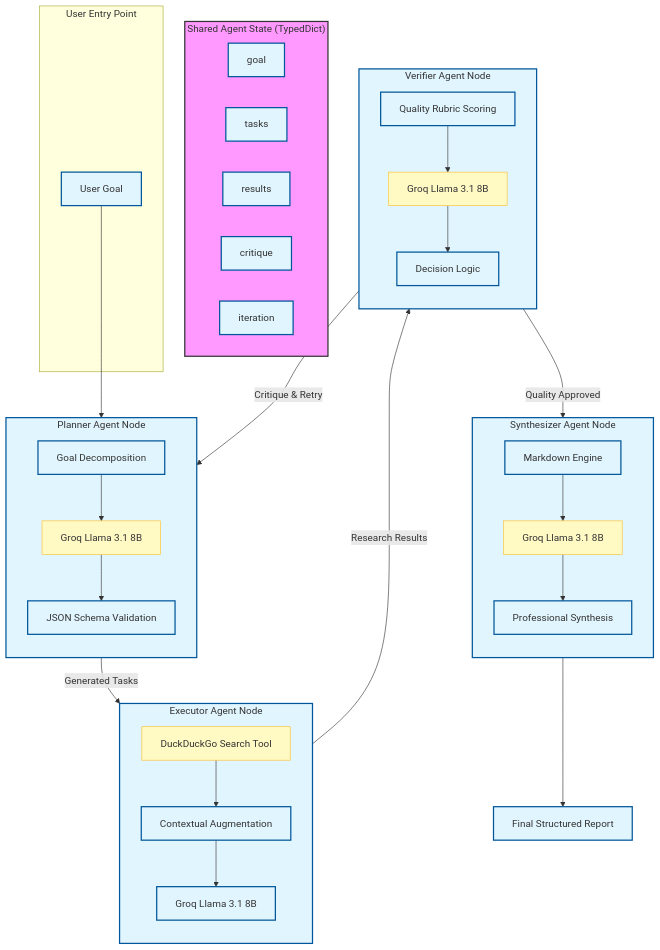
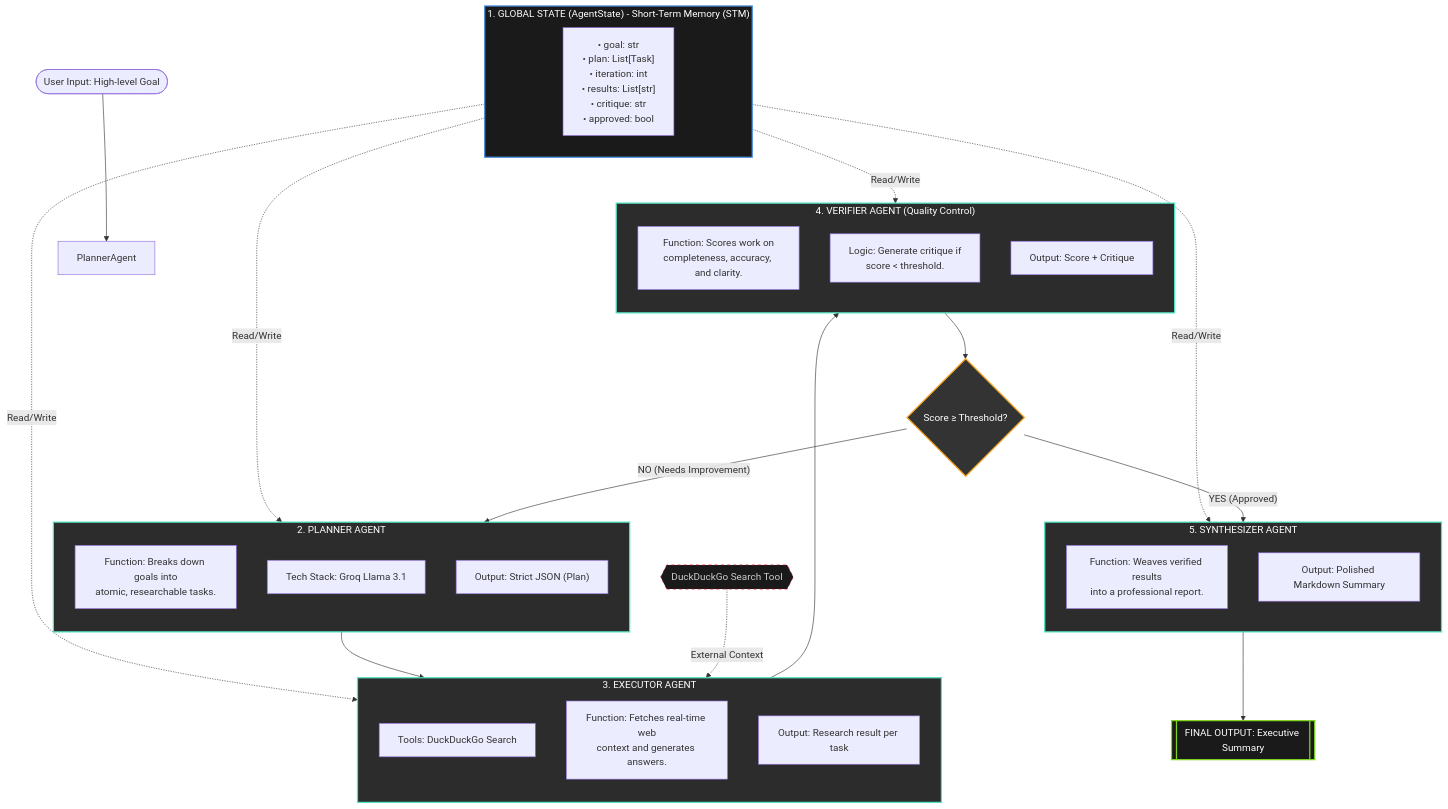
The diagram in README.md (Avichatt/langchain-agentstate), drawn with Mermaid before and after one commit. The commit also changed other lines of this file, not shown here.

Commit message:
UI: Overhauled README with professional high-level architecture diagram and dark-themed visualization

````diff
--- a/README.md
+++ b/README.md
@@ -9,68 +11,81 @@
 ```mermaid
 graph TD
+    %% Theme: Dark / Professional
+    accTitle: AI Multi-Agent Research Assistant Architecture
+    accDescr: A detailed flowchart showing the interaction between Global State, Planner, Executor, Verifier, and Synthesizer agents.
+
     %% Global Styling
-    classDef state fill:#f9f,stroke:#333,stroke-width:2px;
-    classDef node fill:#e1f5fe,stroke:#01579b,stroke-width:2px;
-    classDef tool fill:#fff9c4,stroke:#fbc02d,stroke-width:1px;
+    classDef state fill:#1a1a1a,stroke:#4a90e2,stroke-width:2px,color:#fff;
+    classDef agent fill:#2c2c2c,stroke:#50e3c2,stroke-width:2px,color:#fff;
+    classDef decision fill:#333,stroke:#f5a623,stroke-width:2px,color:#fff;
+    classDef tool fill:#1a1a1a,stroke:#d0021b,stroke-width:1px,color:#ccc,stroke-dasharray: 5 5;
+    classDef output fill:#1a1a1a,stroke:#7ed321,stroke-width:2px,color:#fff;
 
-    subgraph UserInterface["User Entry Point"]
-        Goal[User Goal]
+    %% Global State (STM)
+    subgraph GlobalState["1. GLOBAL STATE (AgentState) - Short-Term Memory (STM)"]
+        direction LR
+        StateInfo["• goal: str<br/>• plan: List[Task]<br/>• iteration: int<br/>• results: List[str]<br/>• critique: str<br/>• approved: bool"]
     end
 
-    subgraph GlobalState["Shared Agent State (TypedDict)"]
-        direction LR
-        S1[goal]
-        S2[tasks]
-        S3[results]
-        S4[critique]
-        S5[iteration]
+    %% User Input
+    UserInput([User Input: High-level Goal]) --> PlannerAgent
+
+    %% Planner Agent
+    subgraph PlannerNode["2. PLANNER AGENT"]
+        direction TB
+        P_Func["Function: Breaks down goals into<br/>atomic, researchable tasks."]
+        P_Stack["Tech Stack: Groq Llama 3.1"]
+        P_Out["Output: Strict JSON (Plan)"]
     end
 
-    Goal --> PlannerNode
-
-    subgraph PlannerNode["Planner Agent Node"]
+    %% Executor Agent
+    subgraph ExecutorNode["3. EXECUTOR AGENT"]
         direction TB
-        P1[Goal Decomposition]
-        P2[JSON Schema Validation]
-        P3[Groq Llama 3.1 8B]
-        P1 --> P3 --> P2
+        E_Tools["Tools: DuckDuckGo Search"]
+        E_Func["Function: Fetches real-time web<br/>context and generates answers."]
+        E_Out["Output: Research result per task"]
     end
 
-    subgraph ExecutorNode["Executor Agent Node"]
+    %% Verifier Agent
+    subgraph VerifierNode["4. VERIFIER AGENT (Quality Control)"]
         direction TB
-        E1[DuckDuckGo Search Tool]
-        E2[Contextual Augmentation]
-        E3[Groq Llama 3.1 8B]
-        E1 --> E2 --> E3
+        V_Func["Function: Scores work on<br/>completeness, accuracy, and clarity."]
+        V_Logic["Logic: Generate critique if<br/>score < threshold."]
+        V_Out["Output: Score + Critique"]
     end
 
-    subgraph VerifierNode["Verifier Agent Node"]
+    %% Synthesizer Agent
+    subgraph SynthesizerNode["5. SYNTHESIZER AGENT"]
         direction TB
-        V1[Quality Rubric Scoring]
-        V2[Decision Logic]
-        V3[Groq Llama 3.1 8B]
-        V1 --> V3 --> V2
+        S_Func["Function: Weaves verified results<br/>into a professional report."]
+        S_Out["Output: Polished Markdown Summary"]
     end
 
-    subgraph SynthesizerNode["Synthesizer Agent Node"]
-        direction TB
-        Sy1[Markdown Engine]
-        Sy2[Professional Synthesis]
-        Sy3[Groq Llama 3.1 8B]
-        Sy1 --> Sy3 --> Sy2
-    end
+    %% Decision Logic
+    Decision{Score ≥ Threshold?}
 
-    %% Flow Connections
-    PlannerNode -->|"Generated Tasks"| ExecutorNode
-    ExecutorNode -->|"Research Results"| VerifierNode
-    
-    VerifierNode -- "Critique & Retry" --> PlannerNode
-    VerifierNode -- "Quality Approved" --> SynthesizerNode
-    
-    SynthesizerNode --> FinalReport[Final Structured Report]
+    %% Connections
+    GlobalState -.->|Read/Write| PlannerNode
+    GlobalState -.->|Read/Write| ExecutorNode
+    GlobalState -.->|Read/Write| VerifierNode
+    GlobalState -.->|Read/Write| SynthesizerNode
+
+    PlannerNode --> ExecutorNode
+    ExecutorNode --> VerifierNode
+    VerifierNode --> Decision
+
+    Decision -- "NO (Needs Improvement)" --> PlannerNode
+    Decision -- "YES (Approved)" --> SynthesizerNode
+
+    SynthesizerNode --> FinalOutput[[FINAL OUTPUT: Executive Summary]]
+
+    %% External Tools
+    DDG{{DuckDuckGo Search Tool}} -.->|External Context| ExecutorNode
 
     %% Applying Classes
     class GlobalState state;
-    class PlannerNode,ExecutorNode,VerifierNode,SynthesizerNode node;
-    class E1,P3,V3,Sy3 tool;
+    class PlannerNode,ExecutorNode,VerifierNode,SynthesizerNode agent;
+    class Decision decision;
+    class DDG tool;
+    class FinalOutput output;
 ```
````
